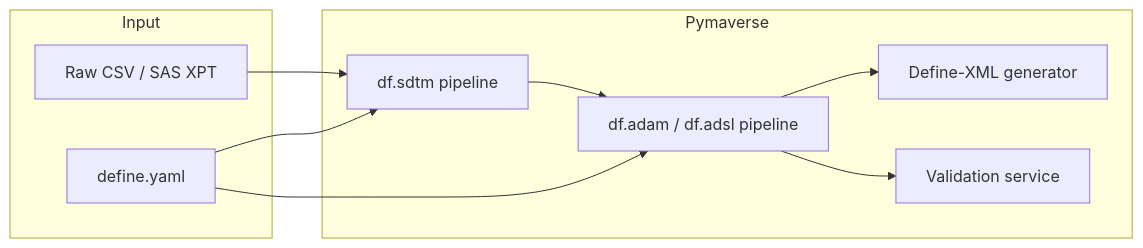
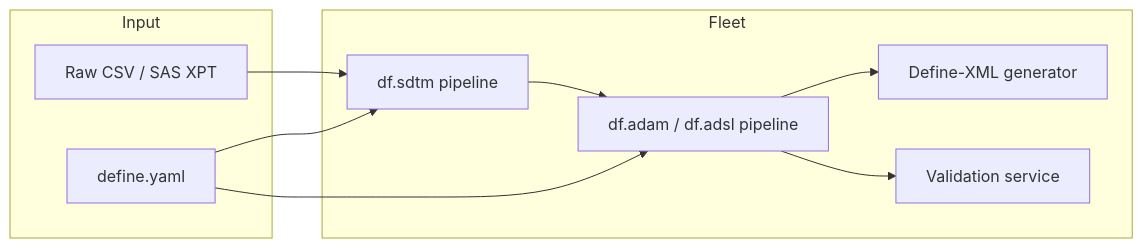
The diagram in docs/index.md (RealSlimMahdi/fleet-cdisc), drawn with Mermaid before and after one commit. The commit also changed other lines of this file and 111 other files, not shown here.

First line of the commit message:
rename: pymaverse → fleet across all source files

````diff
--- a/docs/index.md
+++ b/docs/index.md
@@ -64,19 +64,19 @@
 ```mermaid
 graph LR
     subgraph Input
         RAW[Raw CSV / SAS XPT]
         SPEC[define.yaml]
     end
-    subgraph Pymaverse
+    subgraph Fleet
         SDTM[df.sdtm pipeline]
         ADAM[df.adam / df.adsl pipeline]
         XML[Define-XML generator]
         VAL[Validation service]
     end
     RAW --> SDTM
     SPEC --> SDTM
     SPEC --> ADAM
     SDTM --> ADAM
     ADAM --> XML
     ADAM --> VAL
 ```
````
